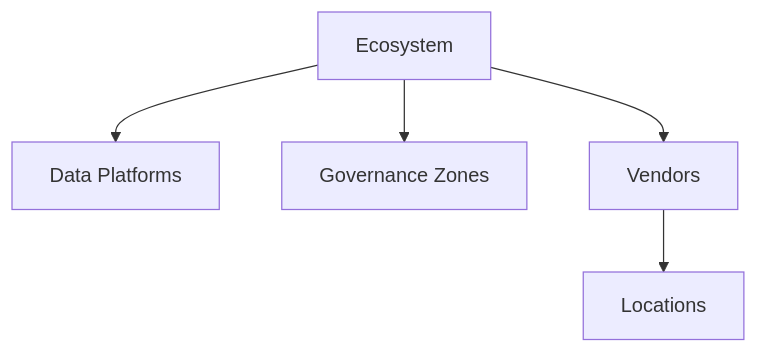
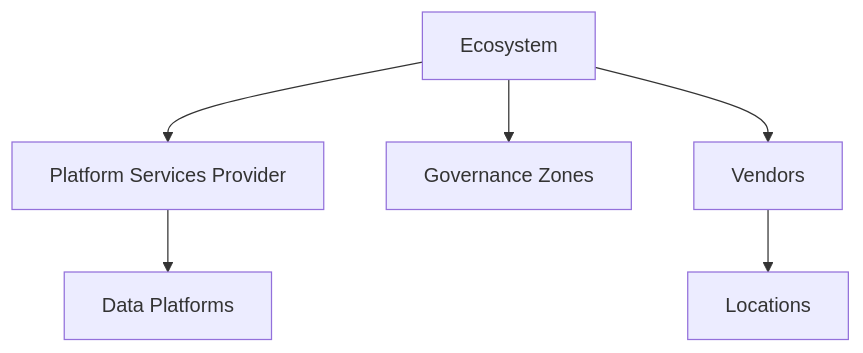
Before and after one commit to billynewport/datasurface: the first of 2 diagrams in docs/Ecosystem.md, drawn with Mermaid. The commit also changed other lines of this file and 6 other files, not shown here.

````diff
--- a/docs/Ecosystem.md
+++ b/docs/Ecosystem.md
@@ -7,8 +7,9 @@
 ```mermaid
 graph TD
-    E[Ecosystem] --> DP[Data Platforms]
+    E[Ecosystem] --> PSP[Platform Services Provider]
+    PSP --> DP[Data Platforms]
     E --> GZ[Governance Zones]
     E --> V[Vendors]
 
     V --> L[Locations]
 ```
````
